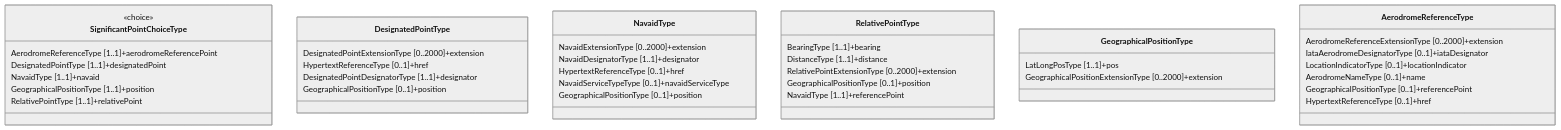
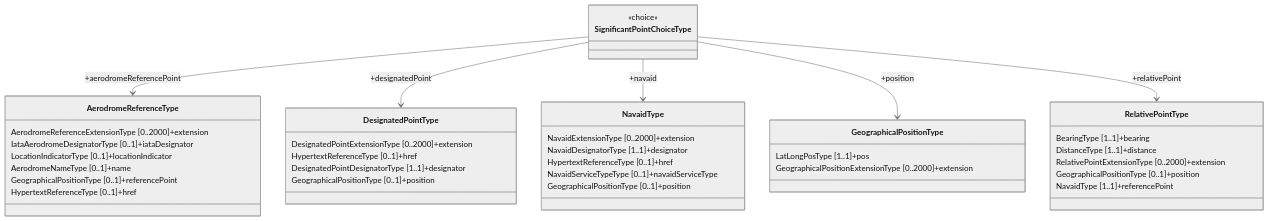
One commit to du-lapin/test_docsify changed the second of 2 diagrams in docs/fixm/FIXM_UML_in_mermaid.md. Above: the diagram before and after it, drawn with Mermaid (neutral theme).

````diff
--- a/docs/fixm/FIXM_UML_in_mermaid.md
+++ b/docs/fixm/FIXM_UML_in_mermaid.md
@@ -51,38 +51,43 @@
 ```mermaid
 classDiagram
 class SignificantPointChoiceType
 <<choice>> SignificantPointChoiceType
-SignificantPointChoiceType : AerodromeReferenceType [1..1]+aerodromeReferencePoint
-SignificantPointChoiceType : DesignatedPointType [1..1]+designatedPoint
-SignificantPointChoiceType : NavaidType [1..1]+navaid
-SignificantPointChoiceType : GeographicalPositionType [1..1]+position
-SignificantPointChoiceType : RelativePointType [1..1]+relativePoint
+%% SignificantPointChoiceType : AerodromeReferenceType [1..1]+aerodromeReferencePoint
+%% SignificantPointChoiceType : DesignatedPointType [1..1]+designatedPoint
+%% SignificantPointChoiceType : NavaidType [1..1]+navaid
+%% SignificantPointChoiceType : GeographicalPositionType [1..1]+position
+%% SignificantPointChoiceType : RelativePointType [1..1]+relativePoint
 class DesignatedPointType
 DesignatedPointType : DesignatedPointExtensionType [0..2000]+extension
 DesignatedPointType : HypertextReferenceType [0..1]+href
 DesignatedPointType : DesignatedPointDesignatorType [1..1]+designator
 DesignatedPointType : GeographicalPositionType [0..1]+position
 class NavaidType
 NavaidType : NavaidExtensionType [0..2000]+extension
 NavaidType : NavaidDesignatorType [1..1]+designator
 NavaidType : HypertextReferenceType [0..1]+href
 NavaidType : NavaidServiceTypeType [0..1]+navaidServiceType
 NavaidType : GeographicalPositionType [0..1]+position
 class RelativePointType
 RelativePointType : BearingType [1..1]+bearing
 RelativePointType : DistanceType [1..1]+distance
 RelativePointType : RelativePointExtensionType [0..2000]+extension
 RelativePointType : GeographicalPositionType [0..1]+position
 RelativePointType : NavaidType [1..1]+referencePoint
 class GeographicalPositionType
 GeographicalPositionType : LatLongPosType [1..1]+pos
 %% GeographicalPositionType : urn:ogc:def:crs:EPSG::4326 srsName
 GeographicalPositionType : GeographicalPositionExtensionType [0..2000]+extension
 class AerodromeReferenceType
 AerodromeReferenceType : AerodromeReferenceExtensionType [0..2000]+extension
 AerodromeReferenceType : IataAerodromeDesignatorType [0..1]+iataDesignator
 AerodromeReferenceType : LocationIndicatorType [0..1]+locationIndicator
 AerodromeReferenceType : AerodromeNameType [0..1]+name
 AerodromeReferenceType : GeographicalPositionType [0..1]+referencePoint
 AerodromeReferenceType : HypertextReferenceType [0..1]+href
+SignificantPointChoiceType --> AerodromeReferenceType : +aerodromeReferencePoint
+SignificantPointChoiceType --> DesignatedPointType : +designatedPoint
+SignificantPointChoiceType --> NavaidType : +navaid
+SignificantPointChoiceType --> GeographicalPositionType : +position
+SignificantPointChoiceType --> RelativePointType : +relativePoint
 ```
````
